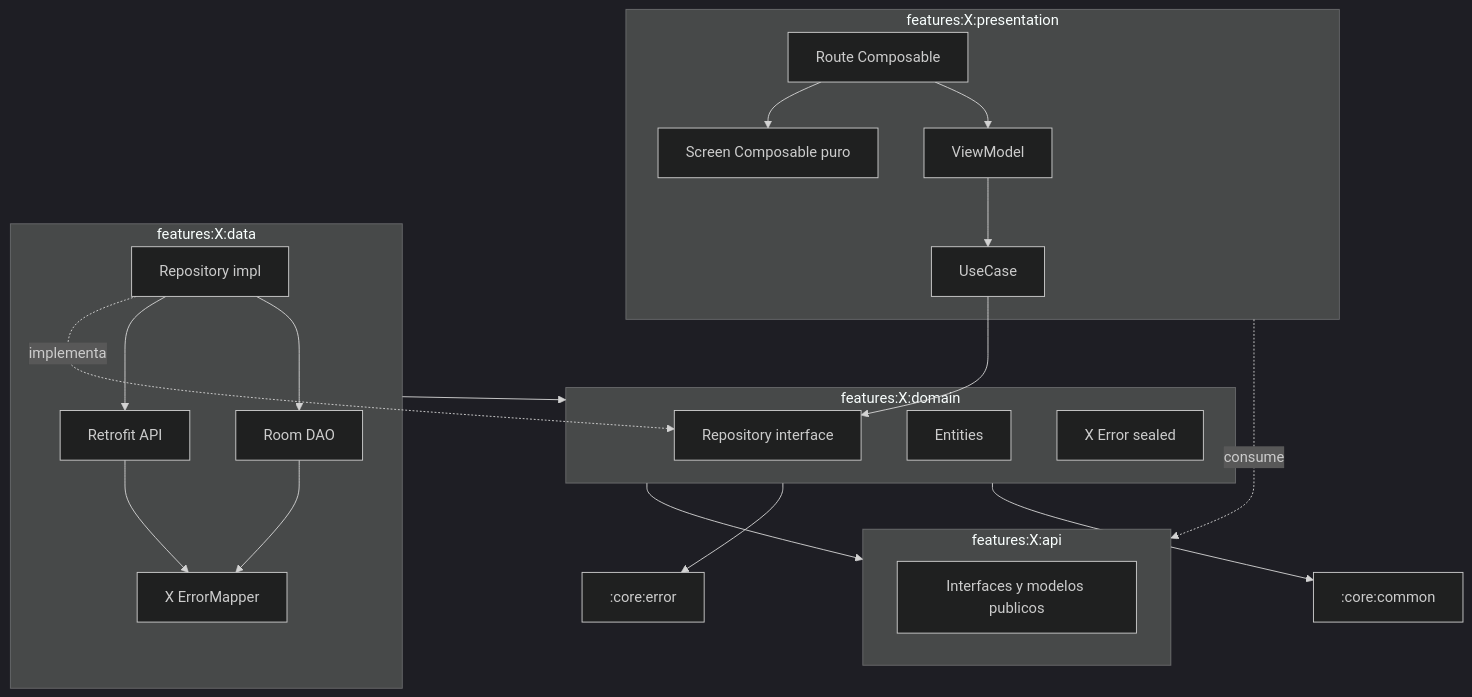
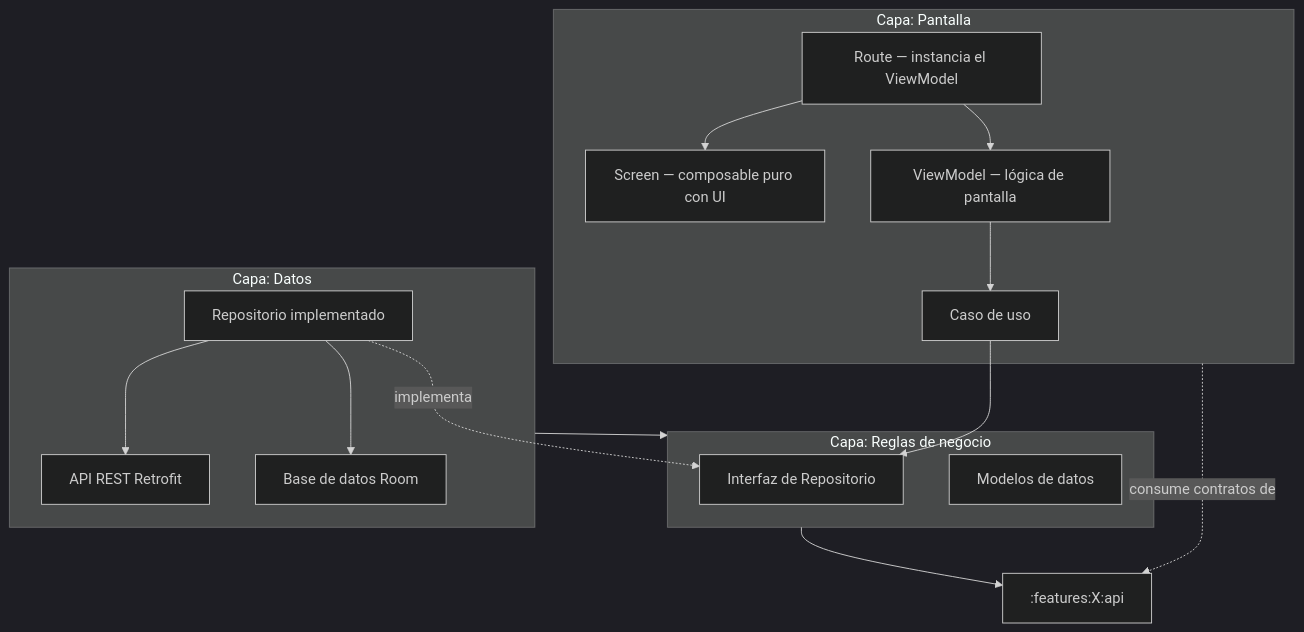
Before and after one commit to spanesso/android-fake-store-app: the second of 2 diagrams in docs/arquitectura.md, drawn with Mermaid (dark theme). The commit also changed other lines of this file and 9 other files, not shown here.

````diff
--- a/docs/arquitectura.md
+++ b/docs/arquitectura.md
@@ -50,29 +134,21 @@
 ```mermaid
 flowchart TB
-  subgraph presentation [features:X:presentation]
-    Route[Route Composable] --> Screen[Screen Composable puro]
-    Route --> ViewModel
-    ViewModel --> UseCase
+  subgraph presentation [Capa: Pantalla]
+    Route[Route — instancia el ViewModel] --> Screen[Screen — composable puro con UI]
+    Route --> ViewModel[ViewModel — lógica de pantalla]
+    ViewModel --> UseCase[Caso de uso]
   end
-  subgraph domain [features:X:domain]
-    UseCase --> RepoInterface[Repository interface]
-    Entities
-    Errors[X Error sealed]
+  subgraph domain [Capa: Reglas de negocio]
+    UseCase --> RepoInterface[Interfaz de Repositorio]
+    Entities[Modelos de datos]
   end
-  subgraph data [features:X:data]
-    RepoImpl[Repository impl] -.implementa.-> RepoInterface
-    RepoImpl --> Retrofit[Retrofit API]
-    RepoImpl --> Room[Room DAO]
-    Retrofit --> ErrorMapper[X ErrorMapper]
-    Room --> ErrorMapper
-  end
-  subgraph api [features:X:api]
-    Contracts[Interfaces y modelos publicos]
+  subgraph data [Capa: Datos]
+    RepoImpl[Repositorio implementado] -.implementa.-> RepoInterface
+    RepoImpl --> Api[API REST Retrofit]
+    RepoImpl --> Dao[Base de datos Room]
   end
 
-  presentation -.consume.-> api
-  domain --> api
+  presentation -.consume contratos de.-> api_module[:features:X:api]
+  domain --> api_module
   data --> domain
-  domain --> CoreError[:core:error]
-  domain --> CoreCommon[:core:common]
 ```
````
